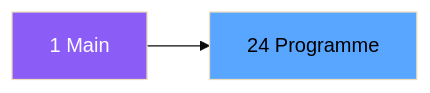
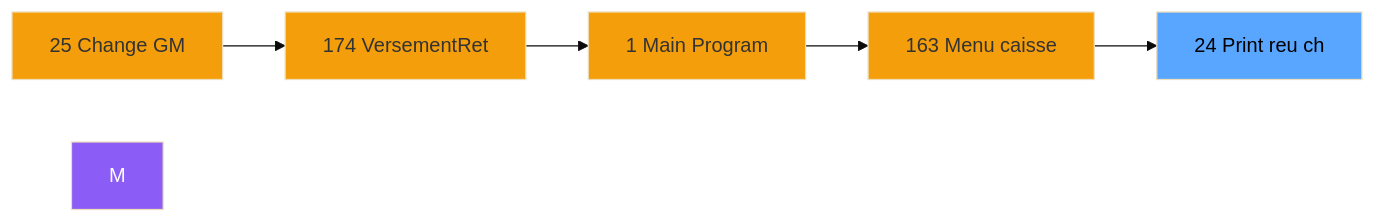
Before and after one commit to thonyAGP/magic-migration: the second of 3 diagrams in .openspec/specs/ADH-IDE-24.md, drawn with Mermaid (base theme). The commit also changed other lines of this file and 323 other files, not shown here.

````diff
--- a/.openspec/specs/ADH-IDE-24.md
+++ b/.openspec/specs/ADH-IDE-24.md
@@ -103,8 +129,18 @@
 ```mermaid
 graph LR
-    M[1 Main]
-    T[24 Programme]
-    M --> T
+    N25[25 Change GM]
+    N174[174 VersementRet]
+    N1[1 Main Program]
+    N163[163 Menu caisse ]
+    T[24 Print reu ch]
+    N25 --> N174
+    N174 --> N1
+    N1 --> N163
+    N163 --> T
     style M fill:#8b5cf6,color:#fff
+    style N25 fill:#f59e0b
+    style N174 fill:#f59e0b
+    style N1 fill:#f59e0b
+    style N163 fill:#f59e0b
     style T fill:#58a6ff,color:#000
 ```
````
